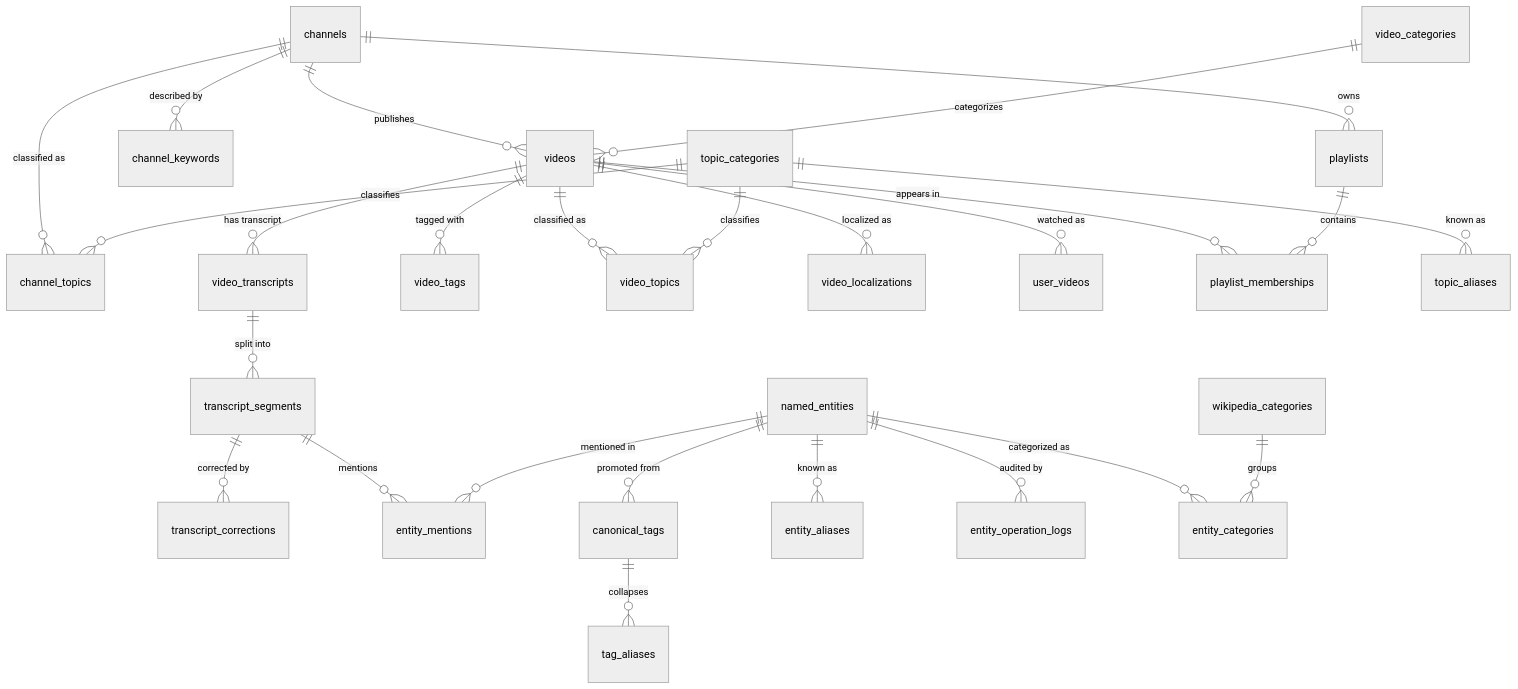
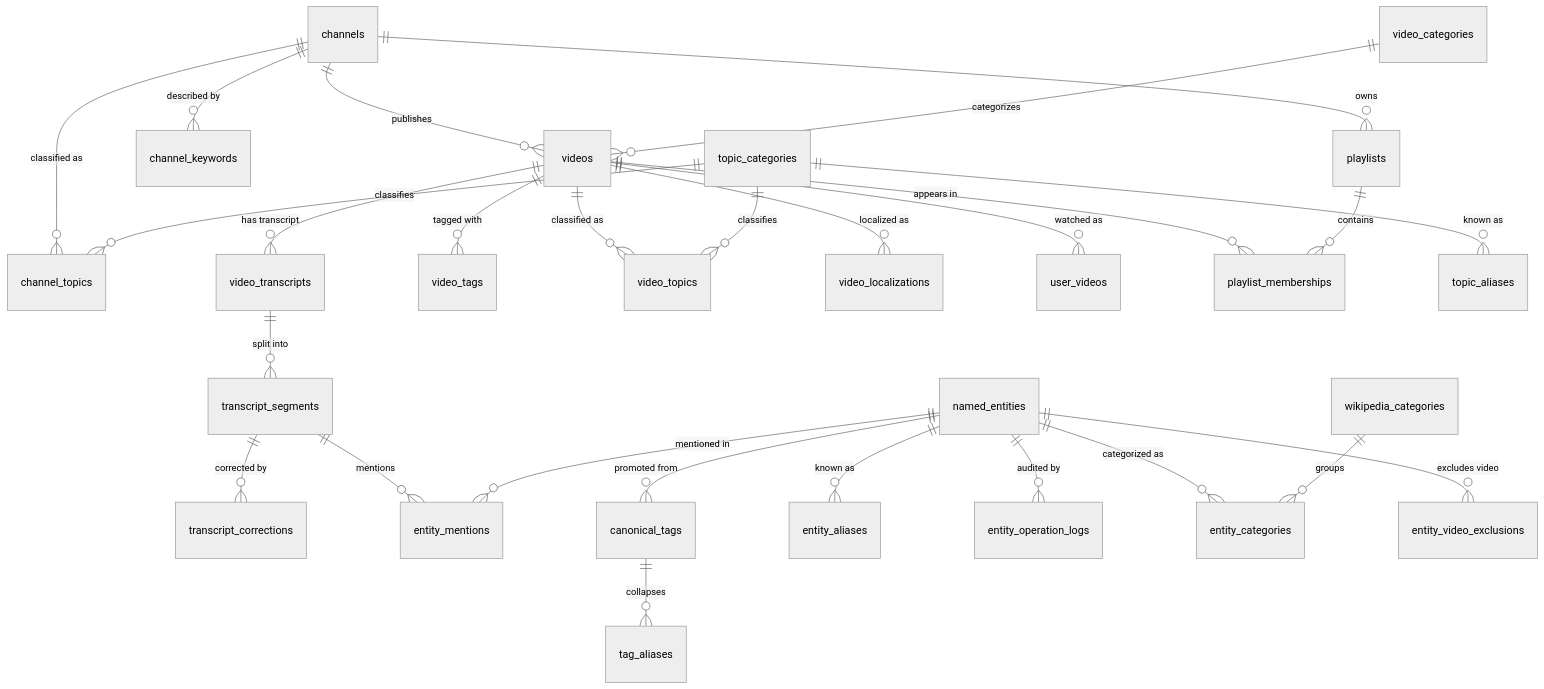
The diagram in docs/architecture/data-model.md (aucontraire/chronovista), drawn with Mermaid (neutral theme) before and after one commit. The commit also changed other lines of this file and 34 other files, not shown here.

First line of the commit message:
feat(entities): manual association unlink via per-(entity,video) exclusion (091) (#338)

````diff
--- a/docs/architecture/data-model.md
+++ b/docs/architecture/data-model.md
@@ -14,33 +14,34 @@
 ```mermaid
 erDiagram
     channels ||--o{ videos : publishes
     channels ||--o{ channel_keywords : "described by"
     channels ||--o{ channel_topics : "classified as"
     channels ||--o{ playlists : owns
     video_categories ||--o{ videos : categorizes
 
     videos ||--o{ video_transcripts : "has transcript"
     videos ||--o{ video_tags : "tagged with"
     videos ||--o{ video_topics : "classified as"
     videos ||--o{ video_localizations : "localized as"
     videos ||--o{ user_videos : "watched as"
     videos ||--o{ playlist_memberships : "appears in"
 
     video_transcripts ||--o{ transcript_segments : "split into"
     transcript_segments ||--o{ transcript_corrections : "corrected by"
     transcript_segments ||--o{ entity_mentions : "mentions"
 
     topic_categories ||--o{ video_topics : classifies
     topic_categories ||--o{ channel_topics : classifies
     topic_categories ||--o{ topic_aliases : "known as"
 
     canonical_tags ||--o{ tag_aliases : collapses
     named_entities ||--o{ entity_aliases : "known as"
     named_entities ||--o{ entity_mentions : "mentioned in"
     named_entities ||--o{ canonical_tags : "promoted from"
     named_entities ||--o{ entity_operation_logs : "audited by"
     named_entities ||--o{ entity_categories : "categorized as"
+    named_entities ||--o{ entity_video_exclusions : "excludes video"
     wikipedia_categories ||--o{ entity_categories : "groups"
 
     playlists ||--o{ playlist_memberships : contains
 ```
````
